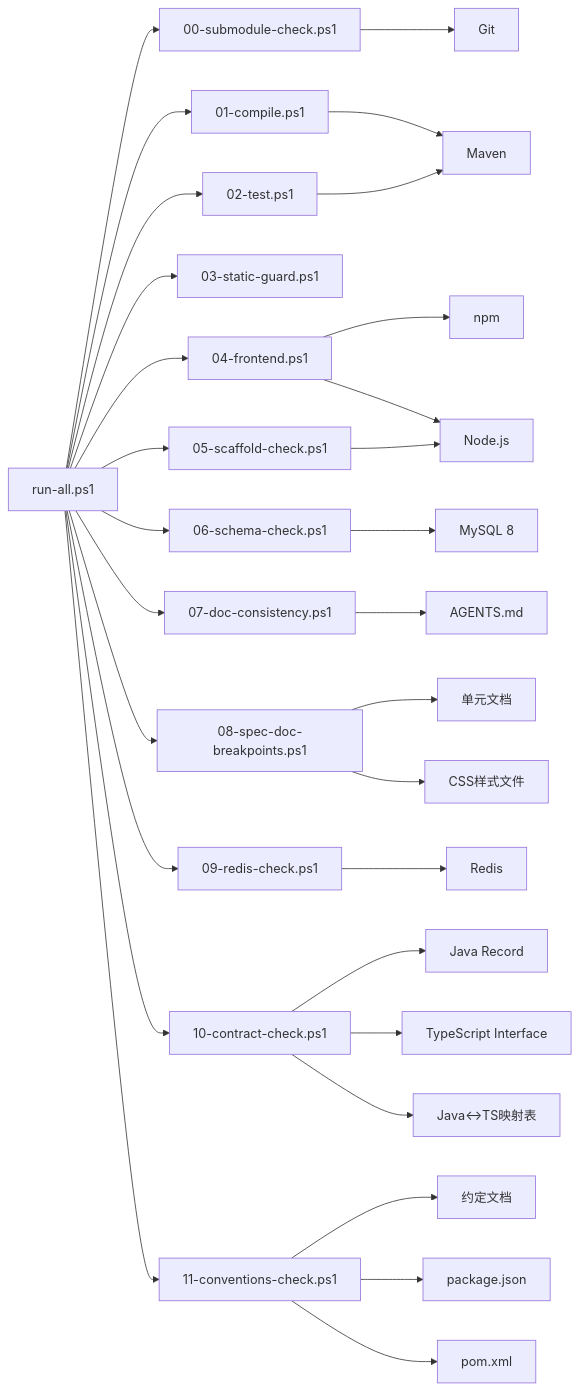
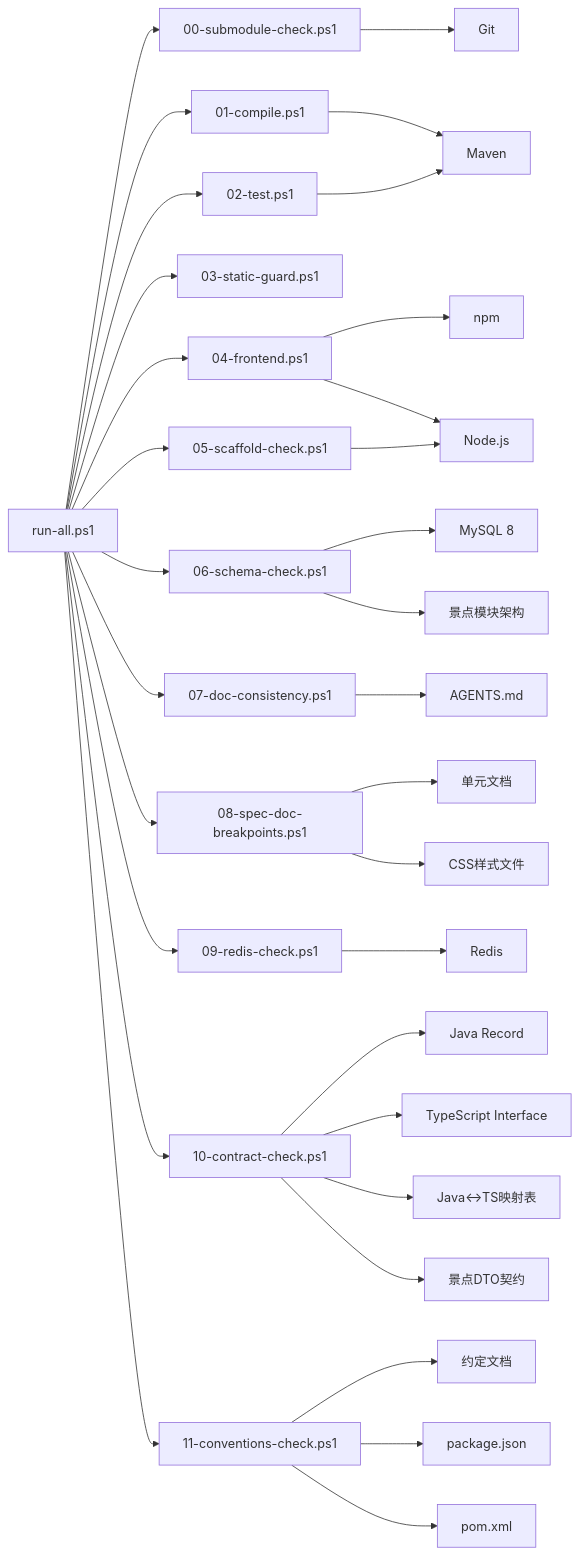
One commit to luyitiger6/my-first-project changed diagram 15 of 15 in .qoder/repowiki/zh/content/自动化验证/自动化验证.md. Above: the diagram before and after it, drawn with Mermaid. The commit also changed other lines of this file and 36 other files, not shown here.

````diff
--- a/.qoder/repowiki/zh/content/自动化验证/自动化验证.md
+++ b/.qoder/repowiki/zh/content/自动化验证/自动化验证.md
@@ -842,32 +918,34 @@
 ```mermaid
 graph LR
 RunAll["run-all.ps1"] --> Submodule["00-submodule-check.ps1"]
 RunAll --> Compile["01-compile.ps1"]
 RunAll --> TestGate["02-test.ps1"]
 RunAll --> StaticGuard["03-static-guard.ps1"]
 RunAll --> Frontend["04-frontend.ps1"]
 RunAll --> Scaffold["05-scaffold-check.ps1"]
 RunAll --> SchemaCheck["06-schema-check.ps1"]
 RunAll --> DocConsistency["07-doc-consistency.ps1"]
 RunAll --> SpecBreakpoints["08-spec-doc-breakpoints.ps1"]
 RunAll --> RedisCheck["09-redis-check.ps1"]
 RunAll --> ContractCheck["10-contract-check.ps1"]
 RunAll --> ConventionsCheck["11-conventions-check.ps1"]
 Compile --> Maven["Maven"]
 TestGate --> Maven
 Frontend --> Npm["npm"]
 Frontend --> Node["Node.js"]
 Scaffold --> Node
 Submodule --> Git["Git"]
 SchemaCheck --> MySQL["MySQL 8"]
+SchemaCheck --> Attractions["景点模块架构"]
 RedisCheck --> Redis["Redis"]
 ContractCheck --> Java["Java Record"]
 ContractCheck --> TypeScript["TypeScript Interface"]
 ContractCheck --> MappingTable["Java↔TS映射表"]
+ContractCheck --> AttractionsDTO["景点DTO契约"]
 DocConsistency --> AGENTS["AGENTS.md"]
 SpecBreakpoints --> Docs["单元文档"]
 SpecBreakpoints --> CSS["CSS样式文件"]
 ConventionsCheck --> ConventionsDocs["约定文档"]
 ConventionsCheck --> PackageJson["package.json"]
 ConventionsCheck --> PomXml["pom.xml"]
 ```
````
